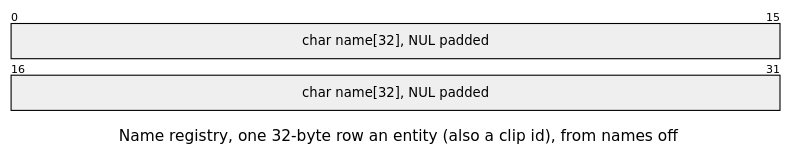
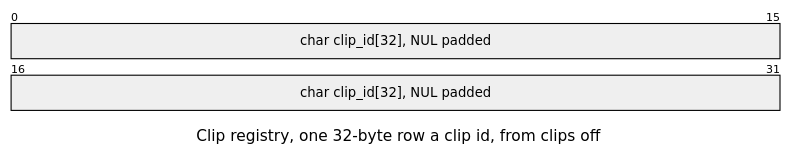
Before and after one commit to jose-villegas/autana: the fifth of 13 diagrams in docs/render/Scene-Files.md, drawn with Mermaid. The commit also changed other lines of this file and 36 other files, not shown here.

First line of the commit message:
scene: SCNE v5, names rows store a name hash; finds compare hashes (autana-nnzki)

````diff
--- a/docs/render/Scene-Files.md
+++ b/docs/render/Scene-Files.md
@@ -681,11 +696,11 @@
 ```mermaid
 ---
 config:
   packet:
     bitsPerRow: 16
     bitWidth: 44
 ---
 packet-beta
-title Name registry, one 32-byte row an entity (also a clip id), from names off
-0-31: "char name[32], NUL padded"
+title Clip registry, one 32-byte row a clip id, from clips off
+0-31: "char clip_id[32], NUL padded"
 ```
````
